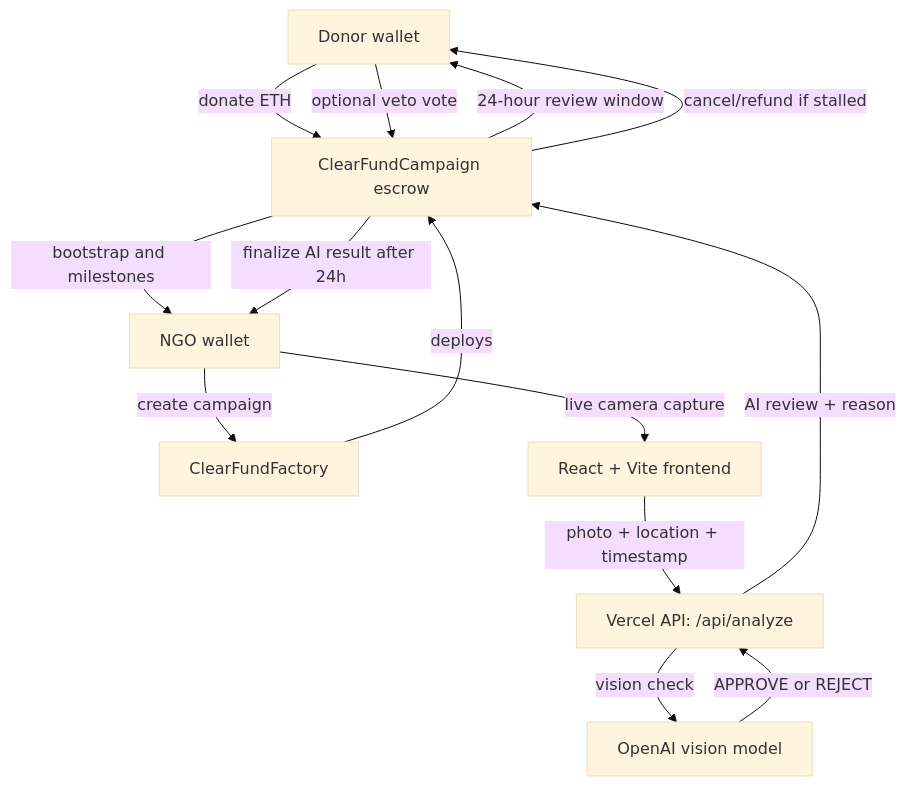
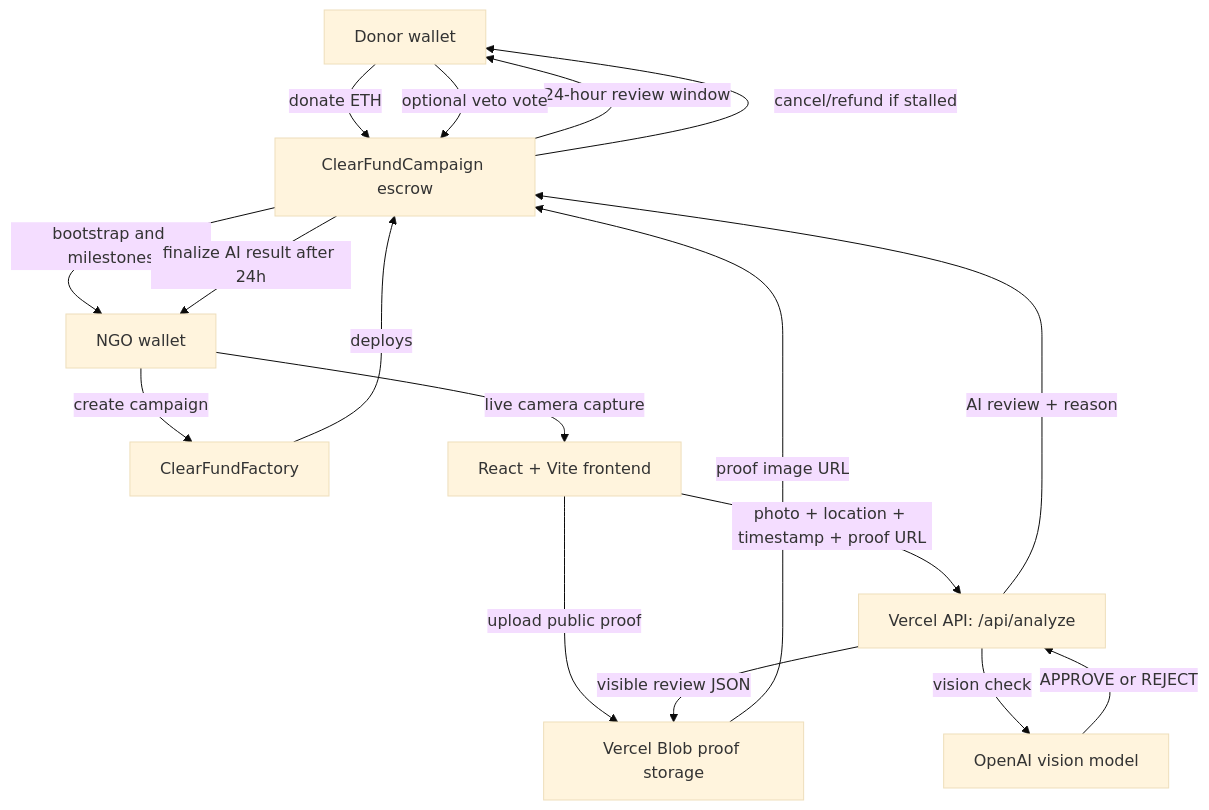
Before and after one commit to Arav-Arun/ClearFund: the diagram in README.md, drawn with Mermaid (base theme). The commit also changed other lines of this file and 4 other files, not shown here.

Commit message:
Show proof images and AI review

````diff
--- a/README.md
+++ b/README.md
@@ -69,18 +72,21 @@
 ```mermaid
 flowchart TD
     Donor["Donor wallet"] -->|"donate ETH"| Campaign["ClearFundCampaign escrow"]
     NGO["NGO wallet"] -->|"create campaign"| Factory["ClearFundFactory"]
     Factory -->|"deploys"| Campaign
     Campaign -->|"bootstrap and milestones"| NGO
 
     NGO -->|"live camera capture"| Frontend["React + Vite frontend"]
-    Frontend -->|"photo + location + timestamp"| Oracle["Vercel API: /api/analyze"]
+    Frontend -->|"upload public proof"| Blob["Vercel Blob proof storage"]
+    Blob -->|"proof image URL"| Campaign
+    Frontend -->|"photo + location + timestamp + proof URL"| Oracle["Vercel API: /api/analyze"]
     Oracle -->|"vision check"| OpenAI["OpenAI vision model"]
     OpenAI -->|"APPROVE or REJECT"| Oracle
     Oracle -->|"AI review + reason"| Campaign
+    Oracle -->|"visible review JSON"| Blob
 
     Campaign -->|"24-hour review window"| Donor
     Donor -->|"optional veto vote"| Campaign
     Campaign -->|"finalize AI result after 24h"| NGO
     Campaign -->|"cancel/refund if stalled"| Donor
 ```
````
